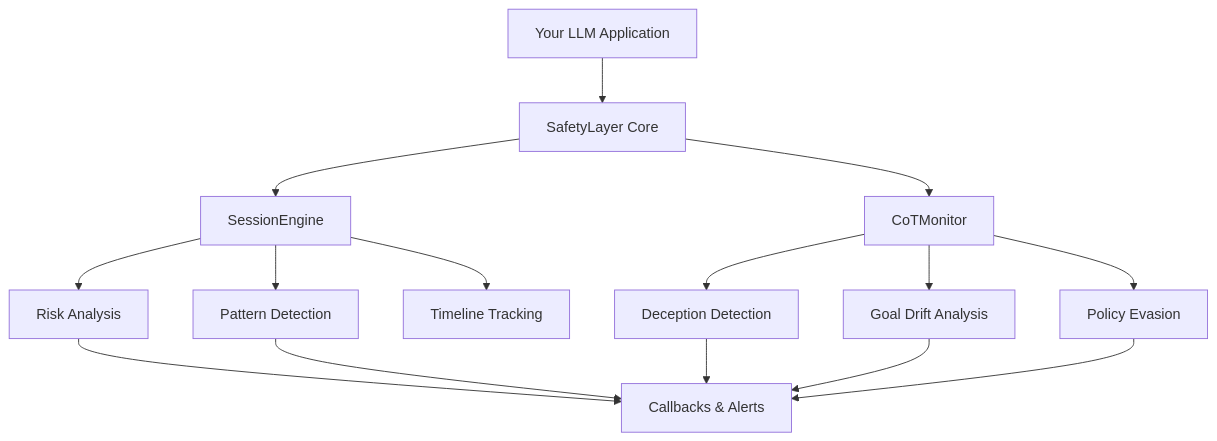
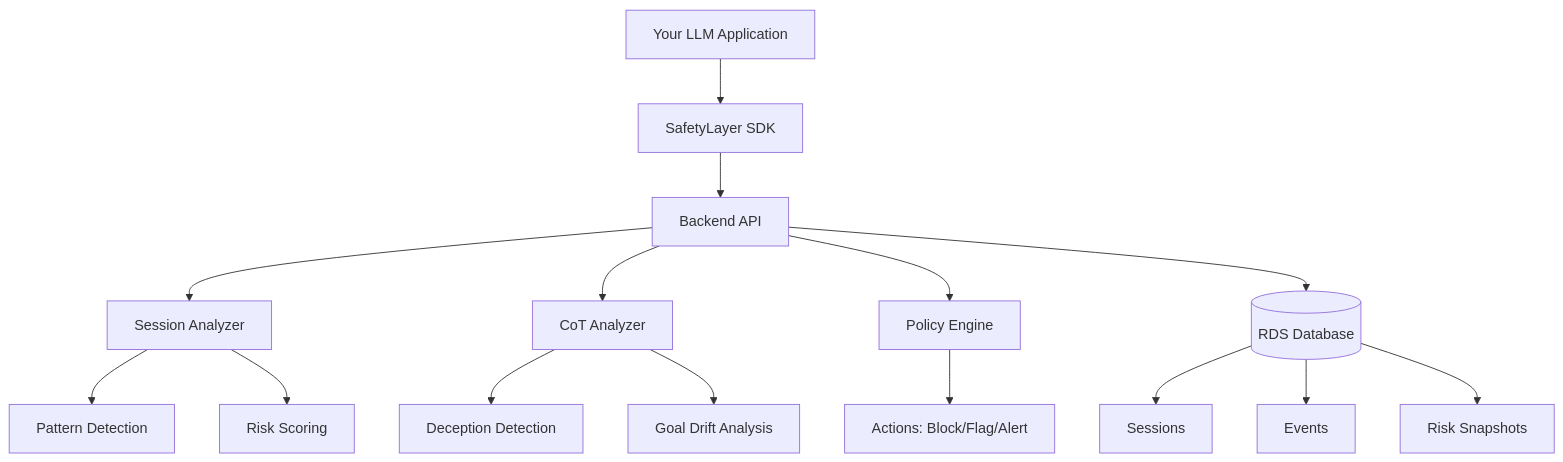
One commit to conorg000/chachadotai changed the diagram in docs/introduction.mdx. Above: the diagram before and after it, drawn with Mermaid. The commit also changed other lines of this file and 32 other files, not shown here.

````diff
--- a/docs/introduction.mdx
+++ b/docs/introduction.mdx
@@ -129,20 +168,22 @@
 ```mermaid
 graph TB
-    A[Your LLM Application] --> B[SafetyLayer Core]
-    B --> C[SessionEngine]
-    B --> D[CoTMonitor]
+    A[Your LLM Application] --> B[SafetyLayer SDK]
+    B --> C[Backend API]
     
-    C --> E[Risk Analysis]
-    C --> F[Pattern Detection]
-    C --> G[Timeline Tracking]
+    C --> D[Session Analyzer]
+    C --> E[CoT Analyzer]
+    C --> F[Policy Engine]
     
-    D --> H[Deception Detection]
-    D --> I[Goal Drift Analysis]
-    D --> J[Policy Evasion]
+    D --> G[Pattern Detection]
+    D --> H[Risk Scoring]
     
-    E --> K[Callbacks & Alerts]
-    F --> K
-    H --> K
-    I --> K
-    J --> K
+    E --> I[Deception Detection]
+    E --> J[Goal Drift Analysis]
+    
+    F --> K[Actions: Block/Flag/Alert]
+    
+    C --> L[(RDS Database)]
+    L --> M[Sessions]
+    L --> N[Events]
+    L --> O[Risk Snapshots]
 ```
````
